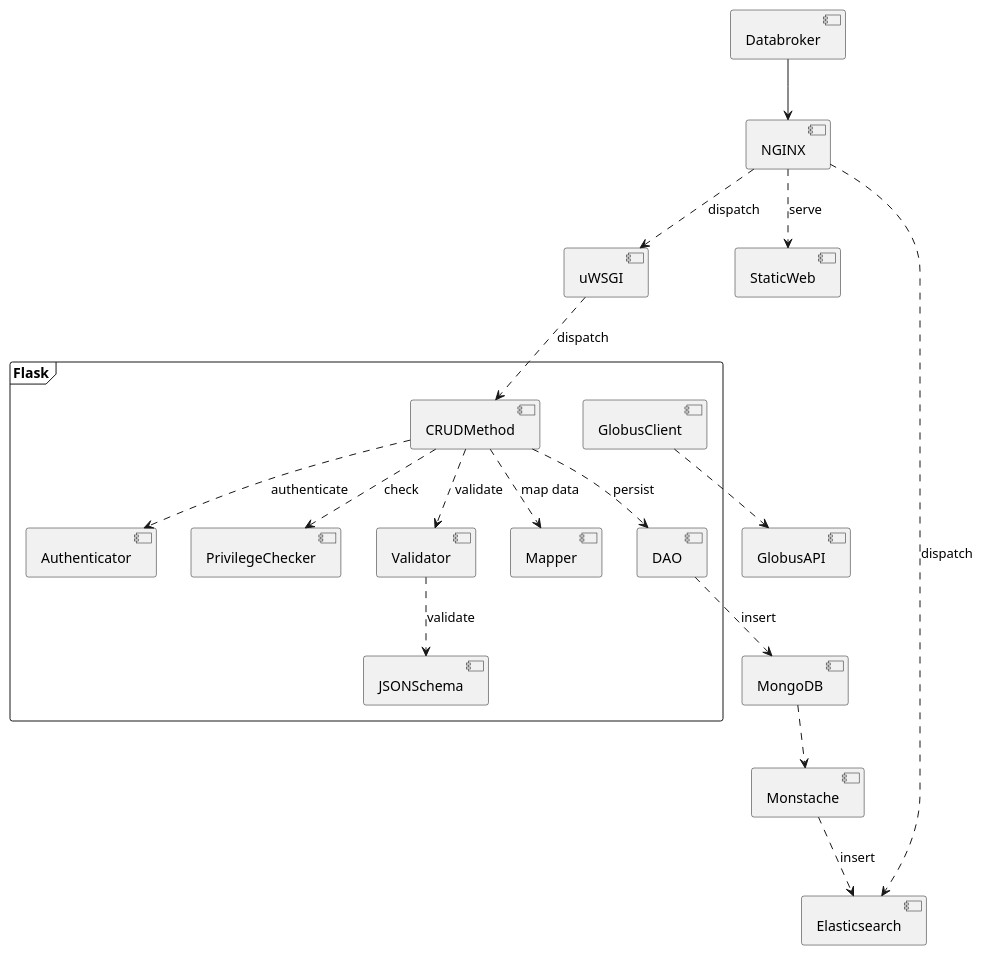
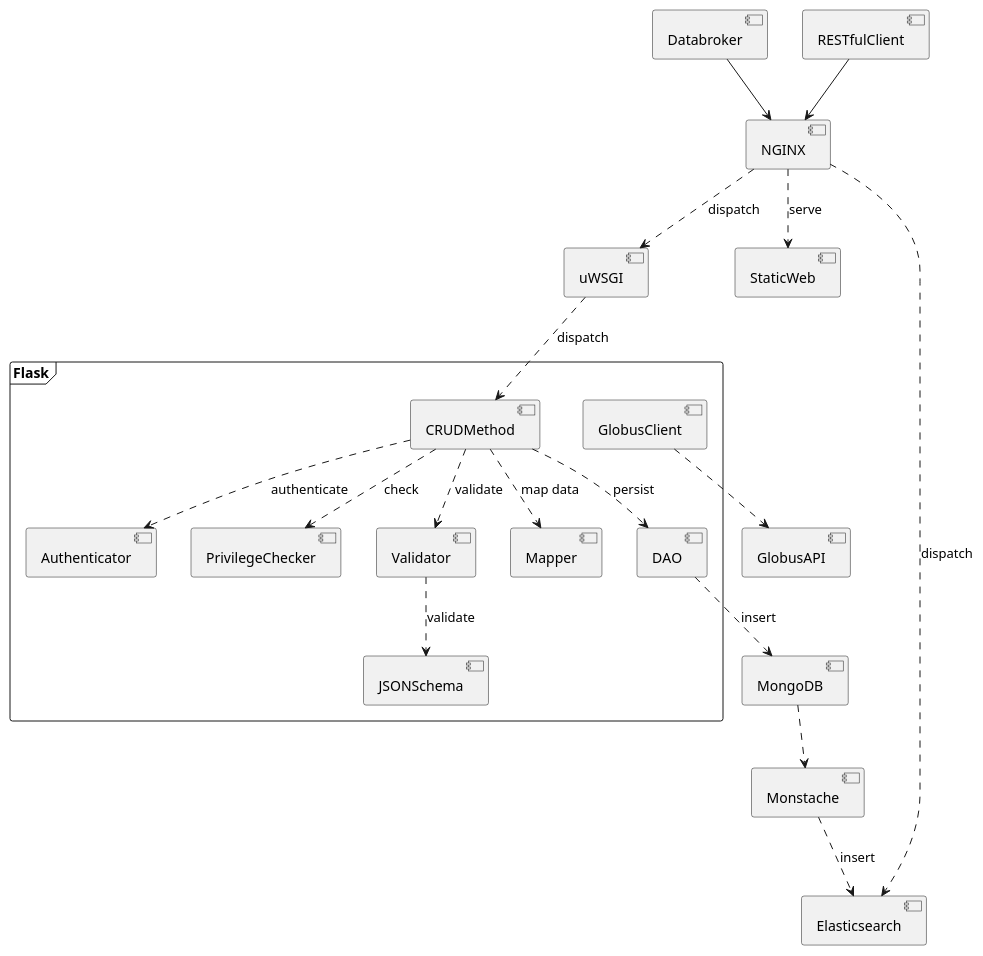
One commit to thefearlesscoder/splash-doc changed the first of 2 diagrams in diagrams/components.puml. Above: the diagram before and after it, drawn with PlantUML.

Commit message:
Added  restful client to compnent diagram

```diff
--- a/diagrams/components.puml
+++ b/diagrams/components.puml
@@ -1,24 +1,25 @@
 @startuml Splash_Components
 skinparam componentStyle uml2
 
 frame "Flask"{
     [CRUDMethod] ..> [Authenticator]: authenticate
     [CRUDMethod] ..> [PrivilegeChecker] :check
     [CRUDMethod] ..> [Validator]: validate
     [CRUDMethod] ..> [Mapper]: map data
     [Validator] ..> [JSONSchema]: validate
     [CRUDMethod] ..> [DAO]: persist
     
     [GlobusClient] 
 }
 [GlobusClient] ..> [GlobusAPI]
 [Databroker] --> [NGINX]
+[RESTfulClient] --> [NGINX]
 [NGINX] ..> [uWSGI]: dispatch
 [NGINX] ..> [StaticWeb]: serve
 [uWSGI] ..> [CRUDMethod] : dispatch
 [DAO] ..> [MongoDB] : insert
 [MongoDB] ..> [Monstache]
 [Monstache] ..> [Elasticsearch] : insert
 [NGINX] ..> [Elasticsearch]: dispatch
 
 @enduml
```
